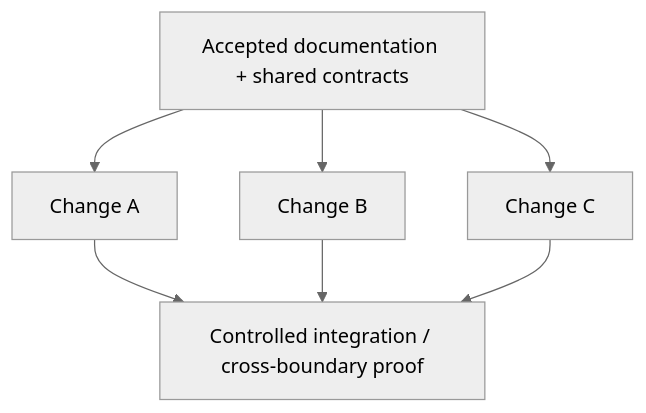
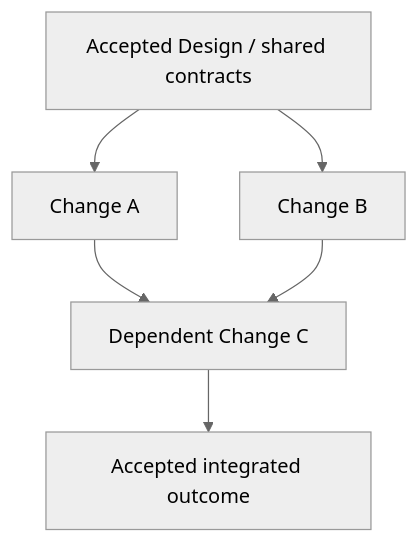
One commit to DenisSkulovic/offscreen-rpg changed the second of 2 diagrams in WORKFLOW.md. Above: the diagram before and after it, drawn with Mermaid (neutral theme). The commit also changed other lines of this file and 1 other file, not shown here.

````diff
--- a/WORKFLOW.md
+++ b/WORKFLOW.md
@@ -137,9 +89,8 @@
 ```mermaid
 flowchart TD
-  S["Accepted documentation + shared contracts"] --> A["Change A"]
+  S["Accepted Design / shared contracts"] --> A["Change A"]
   S --> B["Change B"]
-  S --> C["Change C"]
-  A --> J["Controlled integration / cross-boundary proof"]
-  B --> J
-  C --> J
+  A --> C["Dependent Change C"]
+  B --> C
+  C --> J["Accepted integrated outcome"]
 ```
````
